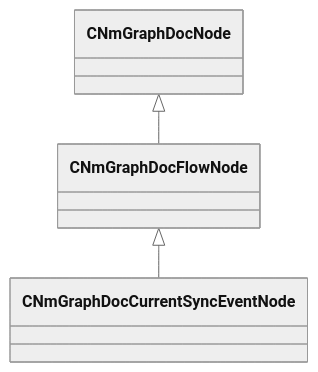
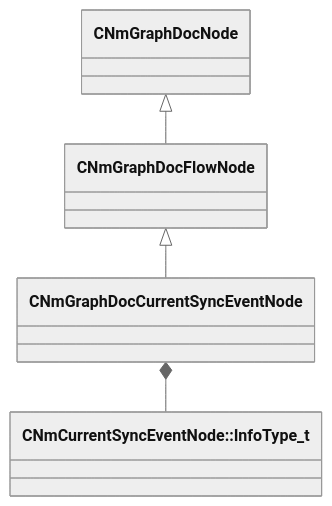
Before and after one commit to CS2OpenDev/CS2OpenDev-Docs: the diagram in docs/generated/schemas/animdoclib/CNmGraphDocCurrentSyncEventNode.md, drawn with Mermaid (neutral theme). The commit also changed other lines of this file and 4525 other files, not shown here.

````diff
--- a/docs/generated/schemas/animdoclib/CNmGraphDocCurrentSyncEventNode.md
+++ b/docs/generated/schemas/animdoclib/CNmGraphDocCurrentSyncEventNode.md
@@ -17,5 +19,6 @@
 ```mermaid
 classDiagram
     CNmGraphDocFlowNode <|-- CNmGraphDocCurrentSyncEventNode
     CNmGraphDocNode <|-- CNmGraphDocFlowNode
+    CNmGraphDocCurrentSyncEventNode *-- `CNmCurrentSyncEventNode::InfoType_t`
 ```
````
